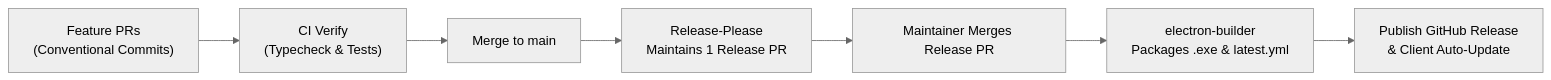
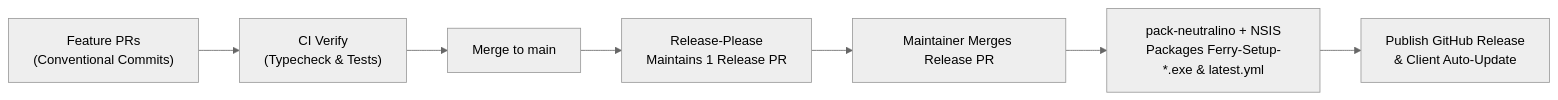
Before and after one commit to ThienNg65/ferry: the diagram in CLAUDE.md, drawn with Mermaid (neutral theme). The commit also changed other lines of this file and 31 other files, not shown here.

Commit message:
feat: complete Neutralino cutover and automatic Electron migration (#49)

````diff
--- a/CLAUDE.md
+++ b/CLAUDE.md
@@ -110,9 +95,9 @@
 ```mermaid
 flowchart LR
     A["Feature PRs\n(Conventional Commits)"] --> B["CI Verify\n(Typecheck & Tests)"]
     B --> C["Merge to main"]
     C --> D["Release-Please\nMaintains 1 Release PR"]
     D --> E["Maintainer Merges Release PR"]
-    E --> F["electron-builder\nPackages .exe & latest.yml"]
+    E --> F["pack-neutralino + NSIS\nPackages Ferry-Setup-*.exe & latest.yml"]
     F --> G["Publish GitHub Release\n& Client Auto-Update"]
 ```
````
